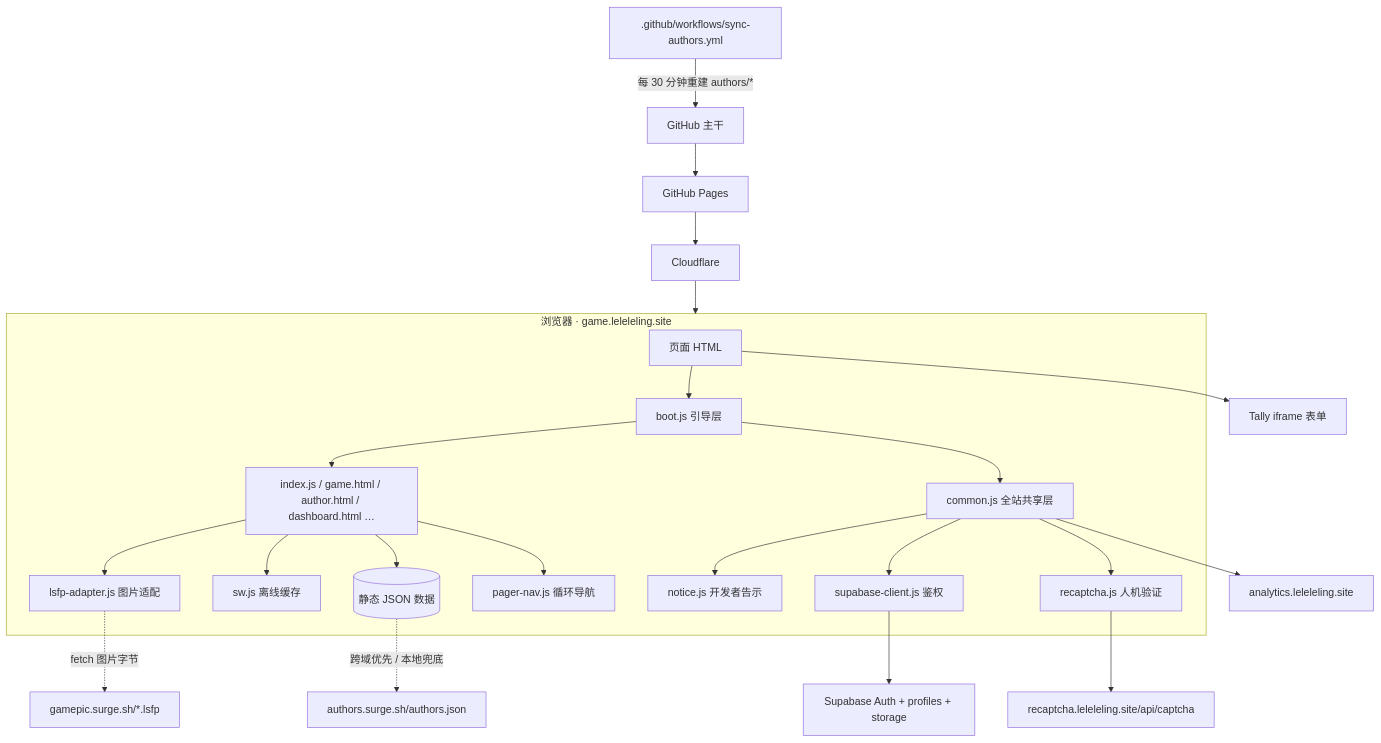
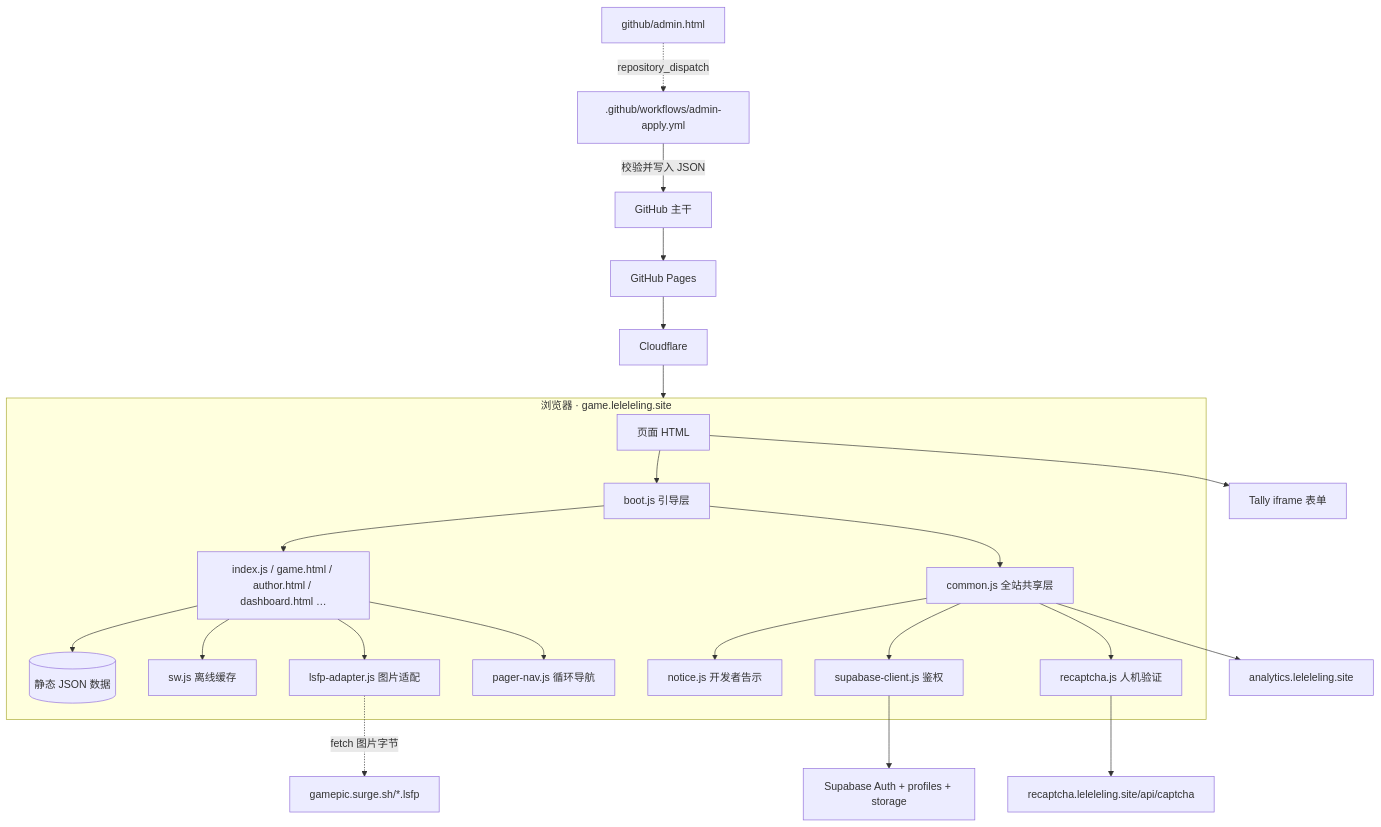
One commit to LelelelingStudio/lelele-game changed the diagram in foraisthings.md. Above: the diagram before and after it, drawn with Mermaid. The commit also changed other lines of this file and 12 other files, not shown here.

First line of the commit message:
feat(authors): 权威源迁回本仓库，surge 退役，admin 六动作全可用

````diff
--- a/foraisthings.md
+++ b/foraisthings.md
@@ -96,23 +96,22 @@
 ```mermaid
 flowchart TB
   subgraph Browser[浏览器 · game.leleleling.site]
     P[页面 HTML] --> BOOT[boot.js 引导层]
     BOOT --> COMMON[common.js 全站共享层]
     BOOT --> PAGE[index.js / game.html / author.html / dashboard.html …]
     PAGE --> JSON[(静态 JSON 数据)]
     PAGE --> SW[sw.js 离线缓存]
     PAGE --> ADAPT[lsfp-adapter.js 图片适配]
     PAGE --> PAGER[pager-nav.js 循环导航]
     COMMON --> NOTICE[notice.js 开发者告示]
     COMMON --> CAP[recaptcha.js 人机验证]
     COMMON --> SB[supabase-client.js 鉴权]
   end
-  JSON -. 跨域优先 / 本地兜底 .-> SURGE_AUTH[authors.surge.sh/authors.json]
   ADAPT -. fetch 图片字节 .-> SURGE_PIC[gamepic.surge.sh/*.lsfp]
   CAP --> VERCEL[recaptcha.leleleling.site/api/captcha]
   SB --> SUPA[Supabase Auth + profiles + storage]
   P --> TALLY[Tally iframe 表单]
   COMMON --> ANALYTICS[analytics.leleleling.site]
   GH[GitHub 主干] --> PAGES[GitHub Pages] --> CF[Cloudflare] --> Browser
-  ACTION[.github/workflows/sync-authors.yml] -->|每 30 分钟重建 authors/*| GH
+  ADMIN[github/admin.html] -. repository_dispatch .-> ACT[.github/workflows/admin-apply.yml] -->|校验并写入 JSON| GH
 ```
````
